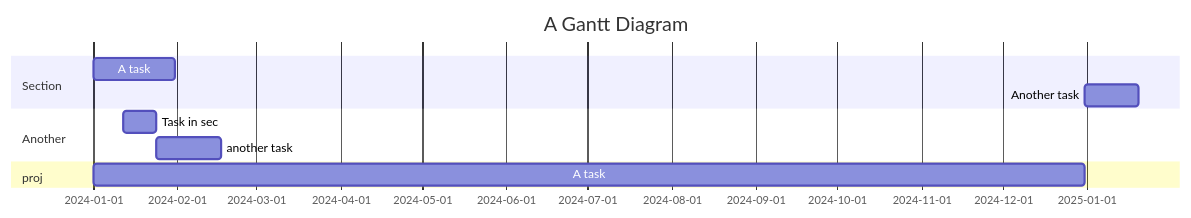
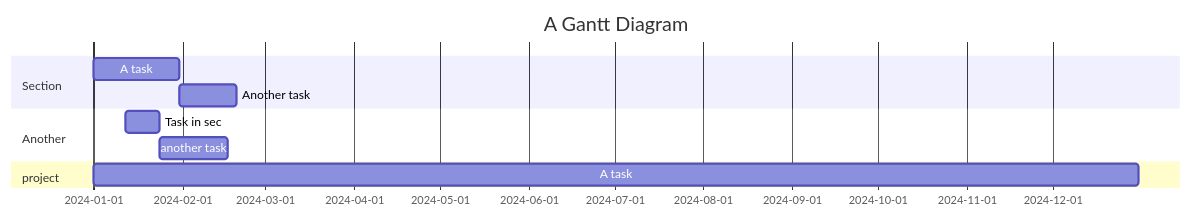
One commit to z9wen/iodraw-files changed the diagram in all/Code Gantt Chart.md. Above: the diagram before and after it, drawn with Mermaid.

Commit message:
2024-03-29 10:57:31 update

````diff
--- a/all/Code Gantt Chart.md
+++ b/all/Code Gantt Chart.md
@@ -1,13 +1,13 @@
 ```mermaid
 gantt
     title A Gantt Diagram
     dateFormat  YYYY-MM-DD
     section Section
     A task           :a1, 2024-01-01, 30d
     Another task     :after a1  , 20d
     section Another
     Task in sec      :2024-01-12  , 12d
     another task      : 24d
-    section proj
-    A task           :a1, 2024-01-01, 365d
+    section project
+    A task           :p, 2024-01-01, 365d
 ```
````
